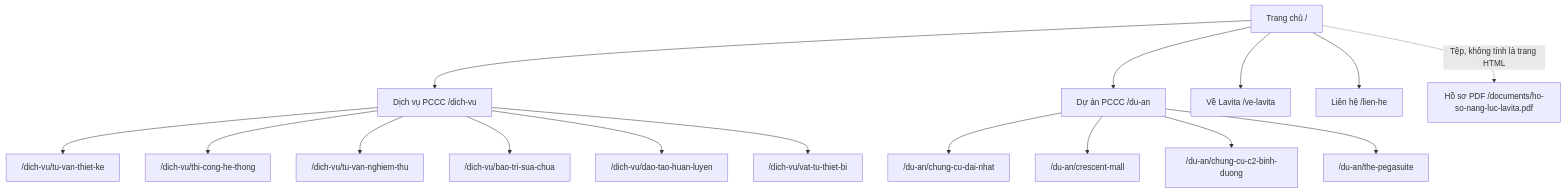
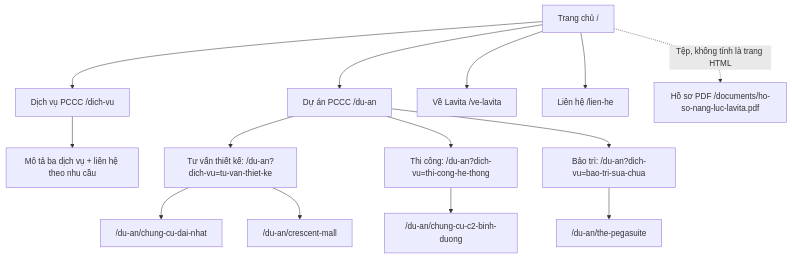
One commit to hoangthi0607/LavitaLandingPage changed the first of 2 diagrams in information-architecture.md. Above: the diagram before and after it, drawn with Mermaid. The commit also changed other lines of this file and 24 other files, not shown here.

````diff
--- a/information-architecture.md
+++ b/information-architecture.md
@@ -47,25 +47,26 @@
 ```mermaid
 flowchart TD
     H["Trang chủ /"]
     S["Dịch vụ PCCC /dich-vu"]
-    S1["/dich-vu/tu-van-thiet-ke"]
-    S2["/dich-vu/thi-cong-he-thong"]
-    S3["/dich-vu/tu-van-nghiem-thu"]
-    S4["/dich-vu/bao-tri-sua-chua"]
-    S5["/dich-vu/dao-tao-huan-luyen"]
-    S6["/dich-vu/vat-tu-thiet-bi"]
+    SC["Mô tả ba dịch vụ + liên hệ theo nhu cầu"]
     P["Dự án PCCC /du-an"]
+    PD["Tư vấn thiết kế: /du-an?dich-vu=tu-van-thiet-ke"]
+    PI["Thi công: /du-an?dich-vu=thi-cong-he-thong"]
+    PM["Bảo trì: /du-an?dich-vu=bao-tri-sua-chua"]
     P1["/du-an/chung-cu-dai-nhat"]
     P2["/du-an/crescent-mall"]
     P3["/du-an/chung-cu-c2-binh-duong"]
     P4["/du-an/the-pegasuite"]
     A["Về Lavita /ve-lavita"]
     C["Liên hệ /lien-he"]
     F["Hồ sơ PDF /documents/ho-so-nang-luc-lavita.pdf"]
     H --> S
-    S --> S1 & S2 & S3 & S4 & S5 & S6
+    S --> SC
     H --> P
-    P --> P1 & P2 & P3 & P4
+    P --> PD & PI & PM
+    PD --> P1 & P2
+    PI --> P3
+    PM --> P4
     H --> A & C
     H -. "Tệp, không tính là trang HTML" .-> F
 ```
````
